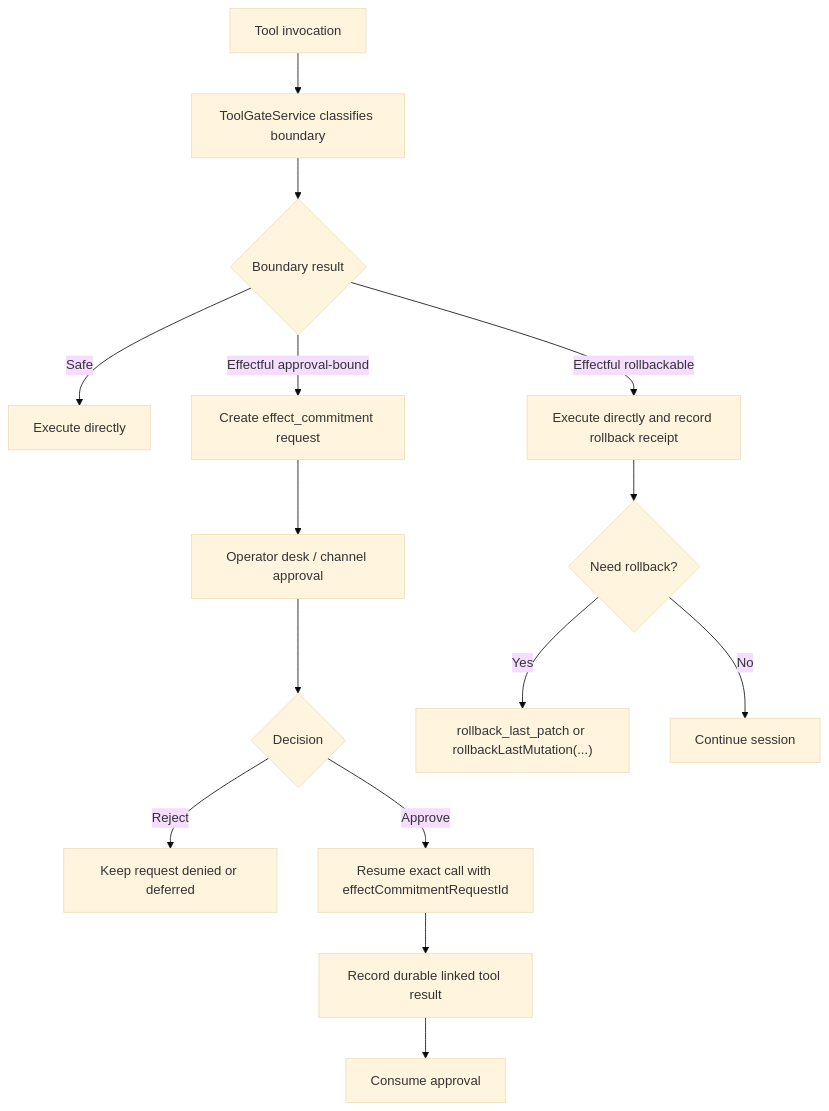
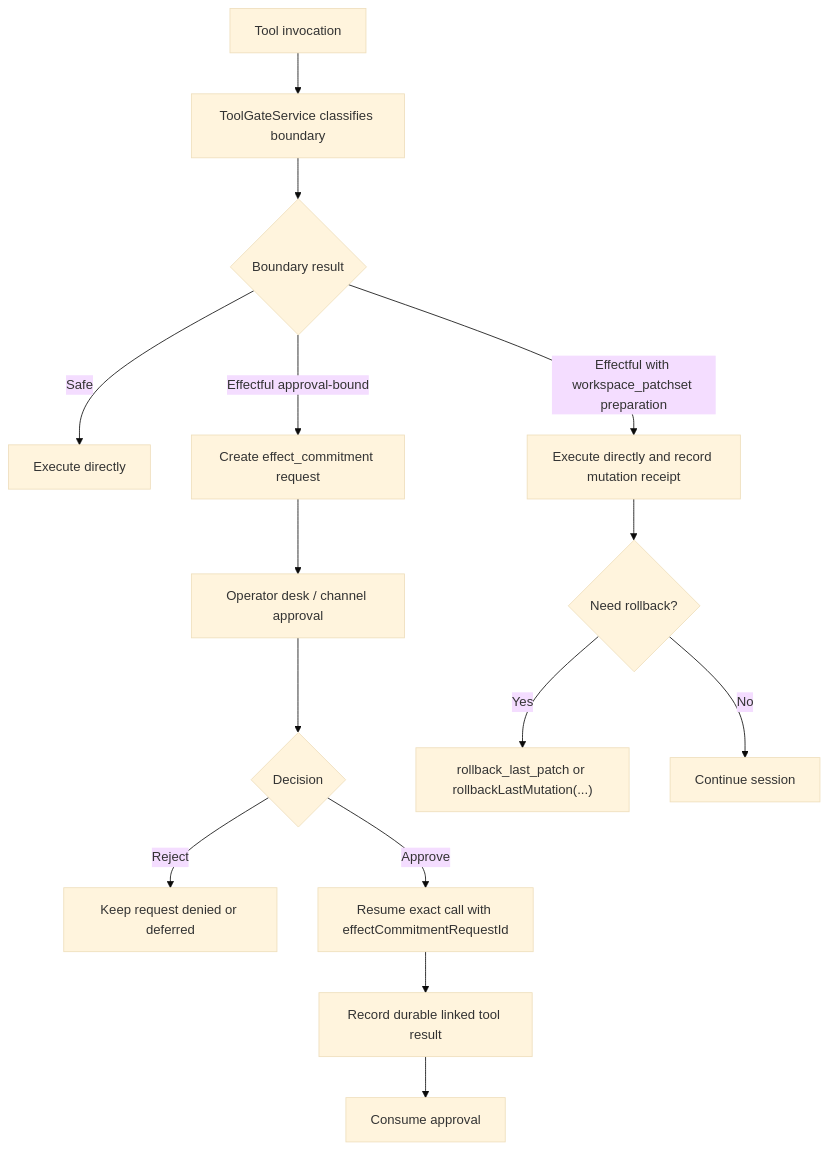
The diagram in docs/journeys/operator/approval-and-rollback.md (arcthur/brewva), drawn with Mermaid (base theme) before and after one commit. The commit also changed other lines of this file and 55 other files, not shown here.

First line of the commit message:
feat(runtime)!: add consequence-aware effect commitment

````diff
--- a/docs/journeys/operator/approval-and-rollback.md
+++ b/docs/journeys/operator/approval-and-rollback.md
@@ -40,17 +40,17 @@
 ```mermaid
 flowchart TD
   A["Tool invocation"] --> B["ToolGateService classifies boundary"]
   B --> C{"Boundary result"}
   C -->|Safe| D["Execute directly"]
-  C -->|Effectful rollbackable| E["Execute directly and record rollback receipt"]
+  C -->|Effectful with workspace_patchset preparation| E["Execute directly and record mutation receipt"]
   C -->|Effectful approval-bound| F["Create effect_commitment request"]
   F --> G["Operator desk / channel approval"]
   G --> H{"Decision"}
   H -->|Reject| I["Keep request denied or deferred"]
   H -->|Approve| J["Resume exact call with effectCommitmentRequestId"]
   J --> K["Record durable linked tool result"]
   K --> L["Consume approval"]
   E --> M{"Need rollback?"}
   M -->|Yes| N["rollback_last_patch or rollbackLastMutation(...)"]
   M -->|No| O["Continue session"]
 ```
````
